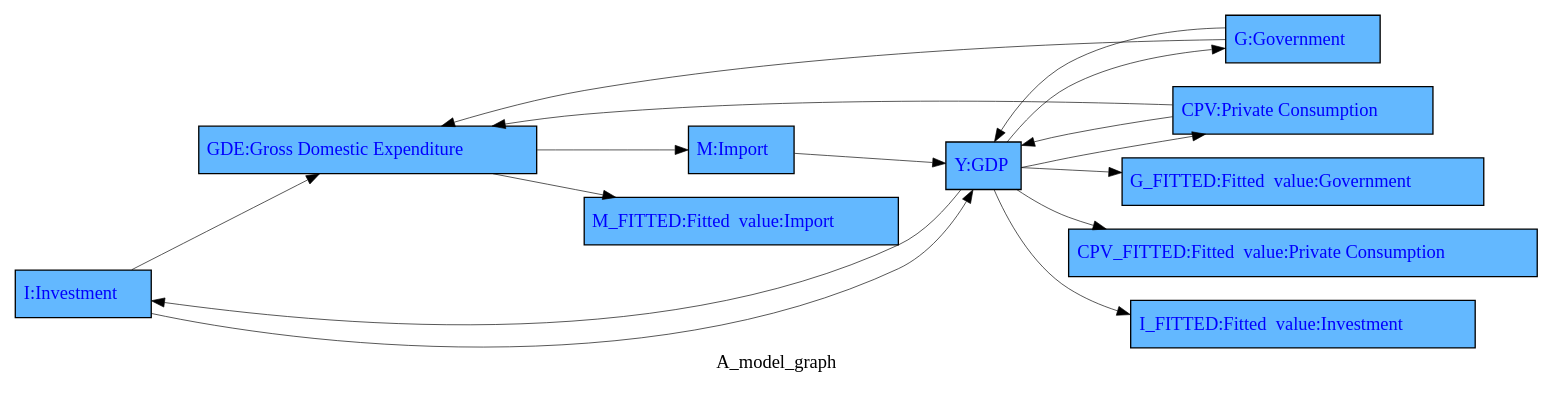
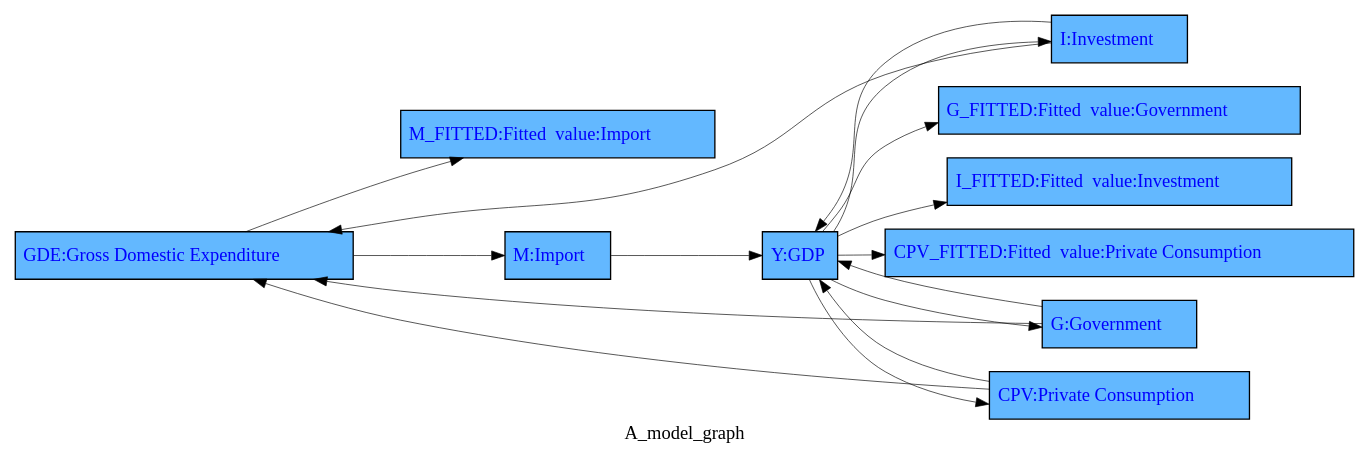
The diagram in working_paper/thebook/content/howto/smallmodel/graph/A_model_graph.gv (IbHansen/modelflow-manual), drawn with Graphviz before and after one commit. The commit also changed 81 other files, not shown here.

```diff
--- a/working_paper/thebook/content/howto/smallmodel/graph/A_model_graph.gv
+++ b/working_paper/thebook/content/howto/smallmodel/graph/A_model_graph.gv
@@ -1,30 +1,30 @@
 digraph TD { rankdir ="LR" 
 {node  [margin=0.025 fontcolor=blue style=filled ] 
- "I" [ shape=box fillcolor= steelblue1 tooltip="Investment&#10;FRML &lt;FIXABLE, DAMP&gt; I = (I(-1)*EXP(I_A+ (-C2_I*(LOG(I(-1))-LOG(Y(-1)-G(-1))-C1_I)+C3_I*((LOG(Y))-(LOG(Y(-1))))) )) * (1-I_D)+ I_X*I_D &#36;"  margin=0.025 fontcolor=blue style = filled  label=<<TABLE BORDER='0' CELLBORDER = '0' style = "filled"  > <TR><TD tooltip="Investment&#10;FRML &lt;FIXABLE, DAMP&gt; I = (I(-1)*EXP(I_A+ (-C2_I*(LOG(I(-1))-LOG(Y(-1)-G(-1))-C1_I)+C3_I*((LOG(Y))-(LOG(Y(-1))))) )) * (1-I_D)+ I_X*I_D &#36;">I:Investment</TD></TR> </TABLE>> ]
+ "M_FITTED" [ shape=box fillcolor= steelblue1 tooltip="Fitted  value:Import&#10;FRML &lt;FIT&gt; M_FITTED = M(-1)*EXP( (-C2_M*(LOG(M(-1))-LOG(GDE(-1))-C1_M)+C3_M*((LOG(GDE))-(LOG(GDE(-1))))) )&#36;"  margin=0.025 fontcolor=blue style = filled  label=<<TABLE BORDER='0' CELLBORDER = '0' style = "filled"  > <TR><TD tooltip="Fitted  value:Import&#10;FRML &lt;FIT&gt; M_FITTED = M(-1)*EXP( (-C2_M*(LOG(M(-1))-LOG(GDE(-1))-C1_M)+C3_M*((LOG(GDE))-(LOG(GDE(-1))))) )&#36;">M_FITTED:Fitted  value:Import</TD></TR> </TABLE>> ]
+"G_FITTED" [ shape=box fillcolor= steelblue1 tooltip="Fitted  value:Government&#10;FRML &lt;FIT&gt; G_FITTED = G(-1)*EXP( (-C2_G*(LOG(G(-1))-LOG(Y(-1))-C1_G)+C3_G*((LOG(Y))-(LOG(Y(-1))))) )&#36;"  margin=0.025 fontcolor=blue style = filled  label=<<TABLE BORDER='0' CELLBORDER = '0' style = "filled"  > <TR><TD tooltip="Fitted  value:Government&#10;FRML &lt;FIT&gt; G_FITTED = G(-1)*EXP( (-C2_G*(LOG(G(-1))-LOG(Y(-1))-C1_G)+C3_G*((LOG(Y))-(LOG(Y(-1))))) )&#36;">G_FITTED:Fitted  value:Government</TD></TR> </TABLE>> ]
 "GDE" [ shape=box fillcolor= steelblue1 tooltip="Gross Domestic Expenditure&#10;FRML &lt;IDENT&gt; GDE = CPV+I+G&#36;"  margin=0.025 fontcolor=blue style = filled  label=<<TABLE BORDER='0' CELLBORDER = '0' style = "filled"  > <TR><TD tooltip="Gross Domestic Expenditure&#10;FRML &lt;IDENT&gt; GDE = CPV+I+G&#36;">GDE:Gross Domestic Expenditure</TD></TR> </TABLE>> ]
+"I" [ shape=box fillcolor= steelblue1 tooltip="Investment&#10;FRML &lt;FIXABLE, DAMP&gt; I = (I(-1)*EXP(I_A+ (-C2_I*(LOG(I(-1))-LOG(Y(-1)-G(-1))-C1_I)+C3_I*((LOG(Y))-(LOG(Y(-1))))) )) * (1-I_D)+ I_X*I_D &#36;"  margin=0.025 fontcolor=blue style = filled  label=<<TABLE BORDER='0' CELLBORDER = '0' style = "filled"  > <TR><TD tooltip="Investment&#10;FRML &lt;FIXABLE, DAMP&gt; I = (I(-1)*EXP(I_A+ (-C2_I*(LOG(I(-1))-LOG(Y(-1)-G(-1))-C1_I)+C3_I*((LOG(Y))-(LOG(Y(-1))))) )) * (1-I_D)+ I_X*I_D &#36;">I:Investment</TD></TR> </TABLE>> ]
+"Y" [ shape=box fillcolor= steelblue1 tooltip="GDP&#10;FRML &lt;IDENT&gt; Y = CPV+I+G+X-M+YDISC&#36;"  margin=0.025 fontcolor=blue style = filled  label=<<TABLE BORDER='0' CELLBORDER = '0' style = "filled"  > <TR><TD tooltip="GDP&#10;FRML &lt;IDENT&gt; Y = CPV+I+G+X-M+YDISC&#36;">Y:GDP</TD></TR> </TABLE>> ]
 "G" [ shape=box fillcolor= steelblue1 tooltip="Government&#10;FRML &lt;FIXABLE, DAMP&gt; G = (G(-1)*EXP(G_A+ (-C2_G*(LOG(G(-1))-LOG(Y(-1))-C1_G)+C3_G*((LOG(Y))-(LOG(Y(-1))))) )) * (1-G_D)+ G_X*G_D &#36;"  margin=0.025 fontcolor=blue style = filled  label=<<TABLE BORDER='0' CELLBORDER = '0' style = "filled"  > <TR><TD tooltip="Government&#10;FRML &lt;FIXABLE, DAMP&gt; G = (G(-1)*EXP(G_A+ (-C2_G*(LOG(G(-1))-LOG(Y(-1))-C1_G)+C3_G*((LOG(Y))-(LOG(Y(-1))))) )) * (1-G_D)+ G_X*G_D &#36;">G:Government</TD></TR> </TABLE>> ]
+"I_FITTED" [ shape=box fillcolor= steelblue1 tooltip="Fitted  value:Investment&#10;FRML &lt;FIT&gt; I_FITTED = I(-1)*EXP( (-C2_I*(LOG(I(-1))-LOG(Y(-1)-G(-1))-C1_I)+C3_I*((LOG(Y))-(LOG(Y(-1))))) )&#36;"  margin=0.025 fontcolor=blue style = filled  label=<<TABLE BORDER='0' CELLBORDER = '0' style = "filled"  > <TR><TD tooltip="Fitted  value:Investment&#10;FRML &lt;FIT&gt; I_FITTED = I(-1)*EXP( (-C2_I*(LOG(I(-1))-LOG(Y(-1)-G(-1))-C1_I)+C3_I*((LOG(Y))-(LOG(Y(-1))))) )&#36;">I_FITTED:Fitted  value:Investment</TD></TR> </TABLE>> ]
 "CPV_FITTED" [ shape=box fillcolor= steelblue1 tooltip="Fitted  value:Private Consumption&#10;FRML &lt;FIT&gt; CPV_FITTED = CPV(-1)*EXP( (-C2_CPV*(LOG(CPV(-1))-LOG(Y(-1))-C1_CPV)+C3_CPV*((LOG(Y))-(LOG(Y(-1))))) )&#36;"  margin=0.025 fontcolor=blue style = filled  label=<<TABLE BORDER='0' CELLBORDER = '0' style = "filled"  > <TR><TD tooltip="Fitted  value:Private Consumption&#10;FRML &lt;FIT&gt; CPV_FITTED = CPV(-1)*EXP( (-C2_CPV*(LOG(CPV(-1))-LOG(Y(-1))-C1_CPV)+C3_CPV*((LOG(Y))-(LOG(Y(-1))))) )&#36;">CPV_FITTED:Fitted  value:Private Consumption</TD></TR> </TABLE>> ]
-"M_FITTED" [ shape=box fillcolor= steelblue1 tooltip="Fitted  value:Import&#10;FRML &lt;FIT&gt; M_FITTED = M(-1)*EXP( (-C2_M*(LOG(M(-1))-LOG(GDE(-1))-C1_M)+C3_M*((LOG(GDE))-(LOG(GDE(-1))))) )&#36;"  margin=0.025 fontcolor=blue style = filled  label=<<TABLE BORDER='0' CELLBORDER = '0' style = "filled"  > <TR><TD tooltip="Fitted  value:Import&#10;FRML &lt;FIT&gt; M_FITTED = M(-1)*EXP( (-C2_M*(LOG(M(-1))-LOG(GDE(-1))-C1_M)+C3_M*((LOG(GDE))-(LOG(GDE(-1))))) )&#36;">M_FITTED:Fitted  value:Import</TD></TR> </TABLE>> ]
-"Y" [ shape=box fillcolor= steelblue1 tooltip="GDP&#10;FRML &lt;IDENT&gt; Y = CPV+I+G+X-M+YDISC&#36;"  margin=0.025 fontcolor=blue style = filled  label=<<TABLE BORDER='0' CELLBORDER = '0' style = "filled"  > <TR><TD tooltip="GDP&#10;FRML &lt;IDENT&gt; Y = CPV+I+G+X-M+YDISC&#36;">Y:GDP</TD></TR> </TABLE>> ]
-"CPV" [ shape=box fillcolor= steelblue1 tooltip="Private Consumption&#10;FRML &lt;FIXABLE, DAMP&gt; CPV = (CPV(-1)*EXP(CPV_A+ (-C2_CPV*(LOG(CPV(-1))-LOG(Y(-1))-C1_CPV)+C3_CPV*((LOG(Y))-(LOG(Y(-1))))) )) * (1-CPV_D)+ CPV_X*CPV_D &#36;"  margin=0.025 fontcolor=blue style = filled  label=<<TABLE BORDER='0' CELLBORDER = '0' style = "filled"  > <TR><TD tooltip="Private Consumption&#10;FRML &lt;FIXABLE, DAMP&gt; CPV = (CPV(-1)*EXP(CPV_A+ (-C2_CPV*(LOG(CPV(-1))-LOG(Y(-1))-C1_CPV)+C3_CPV*((LOG(Y))-(LOG(Y(-1))))) )) * (1-CPV_D)+ CPV_X*CPV_D &#36;">CPV:Private Consumption</TD></TR> </TABLE>> ]
-"I_FITTED" [ shape=box fillcolor= steelblue1 tooltip="Fitted  value:Investment&#10;FRML &lt;FIT&gt; I_FITTED = I(-1)*EXP( (-C2_I*(LOG(I(-1))-LOG(Y(-1)-G(-1))-C1_I)+C3_I*((LOG(Y))-(LOG(Y(-1))))) )&#36;"  margin=0.025 fontcolor=blue style = filled  label=<<TABLE BORDER='0' CELLBORDER = '0' style = "filled"  > <TR><TD tooltip="Fitted  value:Investment&#10;FRML &lt;FIT&gt; I_FITTED = I(-1)*EXP( (-C2_I*(LOG(I(-1))-LOG(Y(-1)-G(-1))-C1_I)+C3_I*((LOG(Y))-(LOG(Y(-1))))) )&#36;">I_FITTED:Fitted  value:Investment</TD></TR> </TABLE>> ]
 "M" [ shape=box fillcolor= steelblue1 tooltip="Import&#10;FRML &lt;FIXABLE, DAMP&gt; M = (M(-1)*EXP(M_A+ (-C2_M*(LOG(M(-1))-LOG(GDE(-1))-C1_M)+C3_M*((LOG(GDE))-(LOG(GDE(-1))))) )) * (1-M_D)+ M_X*M_D &#36;"  margin=0.025 fontcolor=blue style = filled  label=<<TABLE BORDER='0' CELLBORDER = '0' style = "filled"  > <TR><TD tooltip="Import&#10;FRML &lt;FIXABLE, DAMP&gt; M = (M(-1)*EXP(M_A+ (-C2_M*(LOG(M(-1))-LOG(GDE(-1))-C1_M)+C3_M*((LOG(GDE))-(LOG(GDE(-1))))) )) * (1-M_D)+ M_X*M_D &#36;">M:Import</TD></TR> </TABLE>> ]
-"G_FITTED" [ shape=box fillcolor= steelblue1 tooltip="Fitted  value:Government&#10;FRML &lt;FIT&gt; G_FITTED = G(-1)*EXP( (-C2_G*(LOG(G(-1))-LOG(Y(-1))-C1_G)+C3_G*((LOG(Y))-(LOG(Y(-1))))) )&#36;"  margin=0.025 fontcolor=blue style = filled  label=<<TABLE BORDER='0' CELLBORDER = '0' style = "filled"  > <TR><TD tooltip="Fitted  value:Government&#10;FRML &lt;FIT&gt; G_FITTED = G(-1)*EXP( (-C2_G*(LOG(G(-1))-LOG(Y(-1))-C1_G)+C3_G*((LOG(Y))-(LOG(Y(-1))))) )&#36;">G_FITTED:Fitted  value:Government</TD></TR> </TABLE>> ] 
+"CPV" [ shape=box fillcolor= steelblue1 tooltip="Private Consumption&#10;FRML &lt;FIXABLE, DAMP&gt; CPV = (CPV(-1)*EXP(CPV_A+ (-C2_CPV*(LOG(CPV(-1))-LOG(Y(-1))-C1_CPV)+C3_CPV*((LOG(Y))-(LOG(Y(-1))))) )) * (1-CPV_D)+ CPV_X*CPV_D &#36;"  margin=0.025 fontcolor=blue style = filled  label=<<TABLE BORDER='0' CELLBORDER = '0' style = "filled"  > <TR><TD tooltip="Private Consumption&#10;FRML &lt;FIXABLE, DAMP&gt; CPV = (CPV(-1)*EXP(CPV_A+ (-C2_CPV*(LOG(CPV(-1))-LOG(Y(-1))-C1_CPV)+C3_CPV*((LOG(Y))-(LOG(Y(-1))))) )) * (1-CPV_D)+ CPV_X*CPV_D &#36;">CPV:Private Consumption</TD></TR> </TABLE>> ] 
 } 
+"GDE" -> "M_FITTED" [ style = filled tooltip=NA href="bogus" penwidth = 0.5 ]
+"Y" -> "G_FITTED" [ style = filled tooltip=NA href="bogus" penwidth = 0.5 ]
+"M" -> "Y" [ style = filled tooltip=NA href="bogus" penwidth = 0.5 ]
+"I" -> "Y" [ style = filled tooltip=NA href="bogus" penwidth = 0.5 ]
+"I" -> "GDE" [ style = filled tooltip=NA href="bogus" penwidth = 0.5 ]
+"G" -> "GDE" [ style = filled tooltip=NA href="bogus" penwidth = 0.5 ]
+"GDE" -> "M" [ style = filled tooltip=NA href="bogus" penwidth = 0.5 ]
 "Y" -> "I" [ style = filled tooltip=NA href="bogus" penwidth = 0.5 ]
-"CPV" -> "Y" [ style = filled tooltip=NA href="bogus" penwidth = 0.5 ]
-"G" -> "Y" [ style = filled tooltip=NA href="bogus" penwidth = 0.5 ]
-"I" -> "GDE" [ style = filled tooltip=NA href="bogus" penwidth = 0.5 ]
+"Y" -> "G" [ style = filled tooltip=NA href="bogus" penwidth = 0.5 ]
 "Y" -> "CPV_FITTED" [ style = filled tooltip=NA href="bogus" penwidth = 0.5 ]
 "Y" -> "I_FITTED" [ style = filled tooltip=NA href="bogus" penwidth = 0.5 ]
-"M" -> "Y" [ style = filled tooltip=NA href="bogus" penwidth = 0.5 ]
-"GDE" -> "M_FITTED" [ style = filled tooltip=NA href="bogus" penwidth = 0.5 ]
-"GDE" -> "M" [ style = filled tooltip=NA href="bogus" penwidth = 0.5 ]
+"Y" -> "CPV" [ style = filled tooltip=NA href="bogus" penwidth = 0.5 ]
+"CPV" -> "Y" [ style = filled tooltip=NA href="bogus" penwidth = 0.5 ]
 "CPV" -> "GDE" [ style = filled tooltip=NA href="bogus" penwidth = 0.5 ]
-"Y" -> "G_FITTED" [ style = filled tooltip=NA href="bogus" penwidth = 0.5 ]
-"I" -> "Y" [ style = filled tooltip=NA href="bogus" penwidth = 0.5 ]
-"Y" -> "CPV" [ style = filled tooltip=NA href="bogus" penwidth = 0.5 ]
-"G" -> "GDE" [ style = filled tooltip=NA href="bogus" penwidth = 0.5 ]
-"Y" -> "G" [ style = filled tooltip=NA href="bogus" penwidth = 0.5 ]
+"G" -> "Y" [ style = filled tooltip=NA href="bogus" penwidth = 0.5 ]
  label = "A_model_graph";
 }
```
